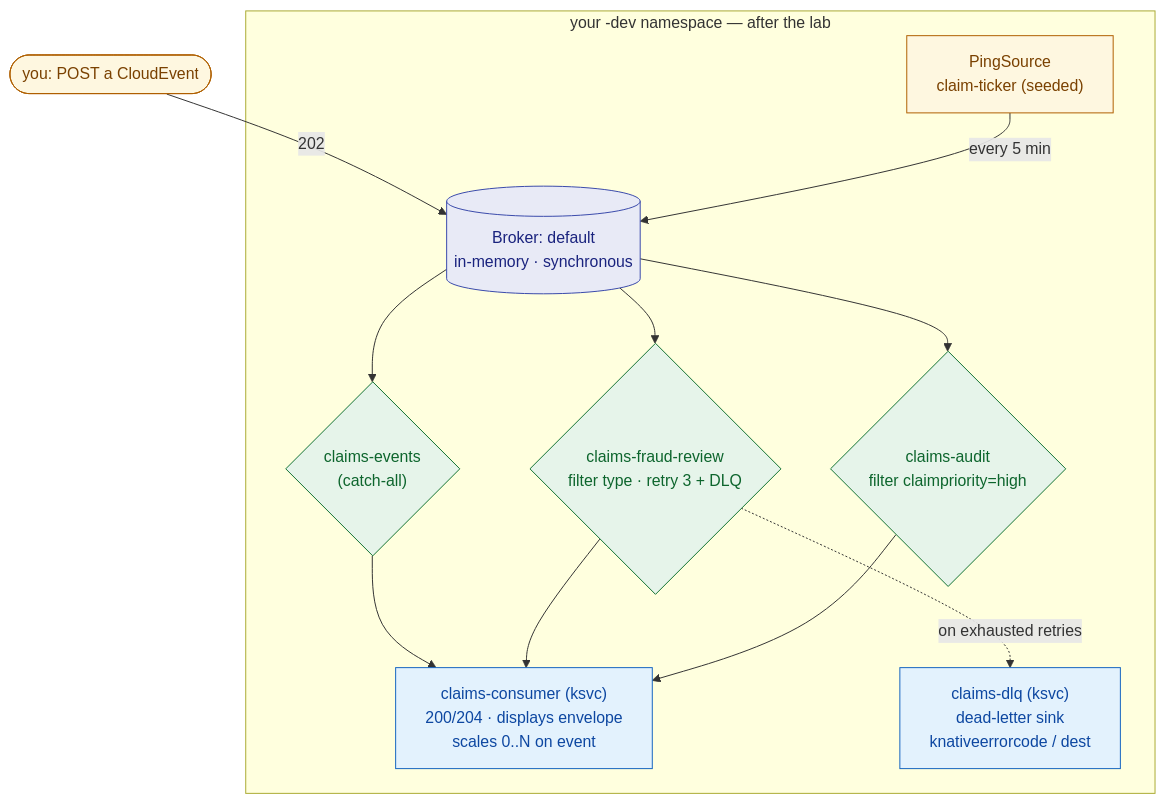
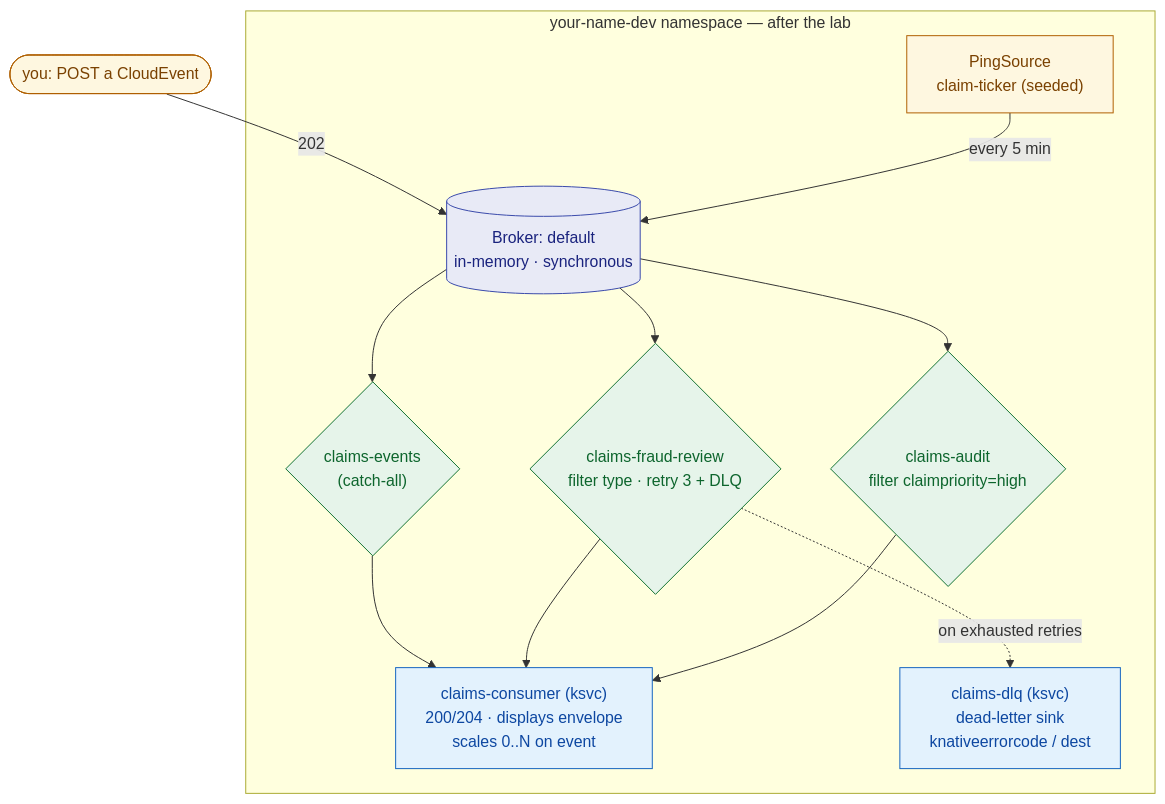
The diagram in content/modules/ROOT/examples/diagrams/eventing-deep-dive/03-what-you-built.mmd (serhat-dirik/OCP-Getting-Started-Revamped), drawn with Mermaid before and after one commit. The commit also changed 11 other files, not shown here.

First line of the commit message:
fix(content): convert the last diagrams to the house line-break and placeholder style

```diff
--- a/content/modules/ROOT/examples/diagrams/eventing-deep-dive/03-what-you-built.mmd
+++ b/content/modules/ROOT/examples/diagrams/eventing-deep-dive/03-what-you-built.mmd
@@ -1,21 +1,21 @@
 graph TB
-  subgraph ns["your -dev namespace — after the lab"]
+  subgraph ns["your-name-dev namespace — after the lab"]
     src["PingSource<br/>claim-ticker (seeded)"]
     broker[("Broker: default<br/>in-memory · synchronous")]
     t1{"claims-events<br/>(catch-all)"}
     t2{"claims-fraud-review<br/>filter type · retry 3 + DLQ"}
     t3{"claims-audit<br/>filter claimpriority=high"}
     consumer["claims-consumer (ksvc)<br/>200/204 · displays envelope<br/>scales 0..N on event"]
     dlq["claims-dlq (ksvc)<br/>dead-letter sink<br/>knativeerrorcode / dest"]
   end
   you(["you: POST a CloudEvent"]) -->|"202"| broker
   src -->|"every 5 min"| broker
   broker --> t1 --> consumer
   broker --> t2 --> consumer
   t2 -.->|"on exhausted retries"| dlq
   broker --> t3 --> consumer
   classDef src fill:#fef7e0,stroke:#b06000,color:#7a4100;
   classDef hub fill:#e8eaf6,stroke:#3949ab,color:#1a237e;
   classDef trig fill:#e6f4ea,stroke:#137333,color:#0d652d;
   classDef sink fill:#e3f2fd,stroke:#1565c0,color:#0d47a1;
   class src,you src; class broker hub; class t1,t2,t3 trig; class consumer,dlq sink;
```
